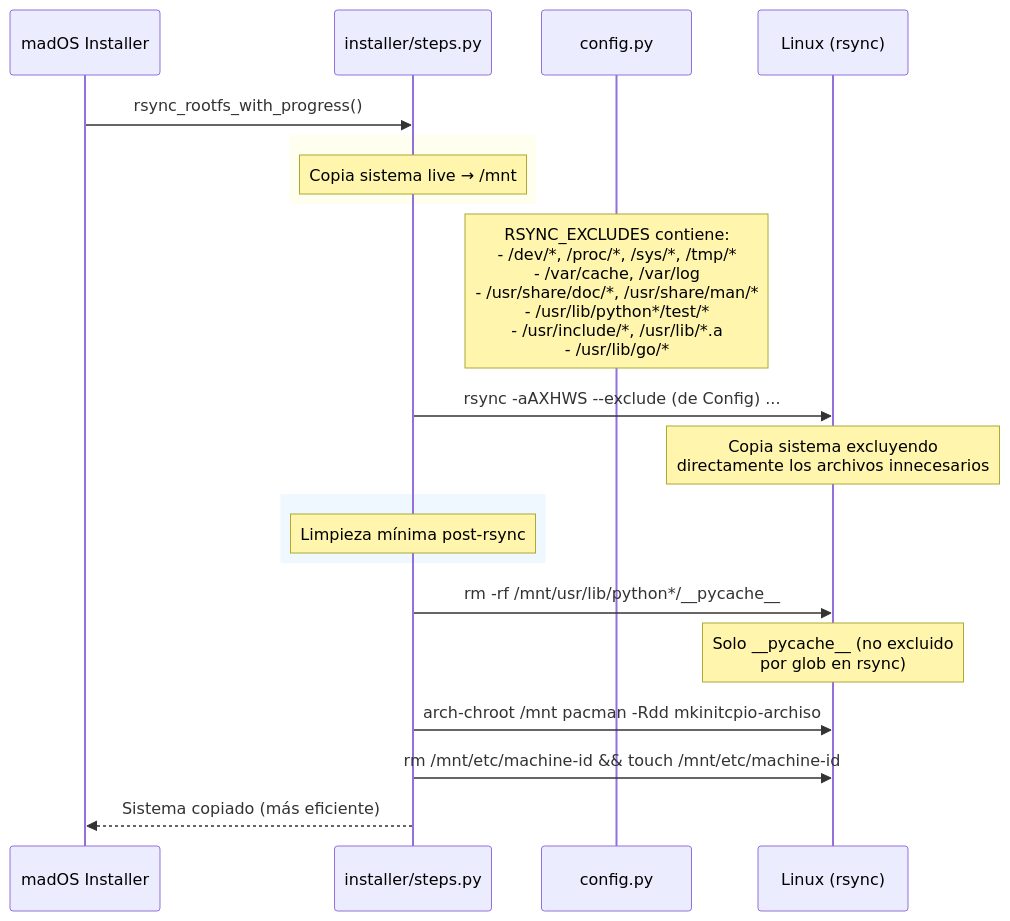
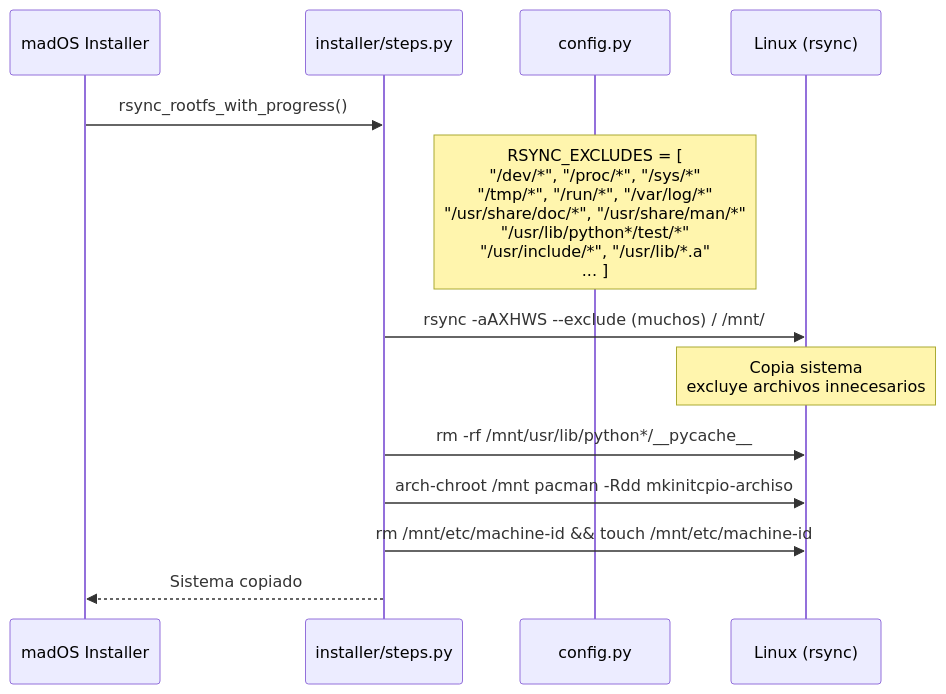
Before and after one commit to madoslinux/mados-installer: the fifth of 12 diagrams in INSTALLATION_FLOW.md, drawn with Mermaid. The commit also changed other lines of this file, not shown here.

Commit message:
docs: update installation flow diagrams with detailed GRUB steps

````diff
--- a/INSTALLATION_FLOW.md
+++ b/INSTALLATION_FLOW.md
@@ -121,30 +104,21 @@
 ```mermaid
 sequenceDiagram
     participant App as madOS Installer
     participant Steps as installer/steps.py
     participant Config as config.py
     participant System as Linux (rsync)
 
     App->>Steps: rsync_rootfs_with_progress()
 
-    rect rgb(255, 255, 240)
-        Note over Steps: Copia sistema live → /mnt
-    end
+    Note over Config: RSYNC_EXCLUDES = [<br/>"/dev/*", "/proc/*", "/sys/*"<br/>"/tmp/*", "/run/*", "/var/log/*"<br/>"/usr/share/doc/*", "/usr/share/man/*"<br/>"/usr/lib/python*/test/*"<br/>"/usr/include/*", "/usr/lib/*.a"<br/>... ]
 
-    Note over Config: RSYNC_EXCLUDES contiene:<br/>- /dev/*, /proc/*, /sys/*, /tmp/*<br/>- /var/cache, /var/log<br/>- /usr/share/doc/*, /usr/share/man/*<br/>- /usr/lib/python*/test/*<br/>- /usr/include/*, /usr/lib/*.a<br/>- /usr/lib/go/*
-
-    Steps->>System: rsync -aAXHWS --exclude (de Config) ...
-    Note over System: Copia sistema excluyendo<br/>directamente los archivos innecesarios
-
-    rect rgb(240, 248, 255)
-        Note over Steps: Limpieza mínima post-rsync
-    end
+    Steps->>System: rsync -aAXHWS --exclude (muchos) / /mnt/
+    Note over System: Copia sistema<br/>excluye archivos innecesarios
 
     Steps->>System: rm -rf /mnt/usr/lib/python*/__pycache__
-    Note over System: Solo __pycache__ (no excluido<br/>por glob en rsync)
 
     Steps->>System: arch-chroot /mnt pacman -Rdd mkinitcpio-archiso
     Steps->>System: rm /mnt/etc/machine-id && touch /mnt/etc/machine-id
 
-    Steps-->>App: Sistema copiado (más eficiente)
+    Steps-->>App: Sistema copiado
 ```
````
